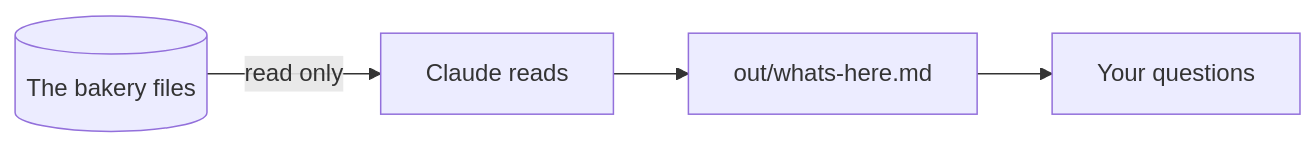
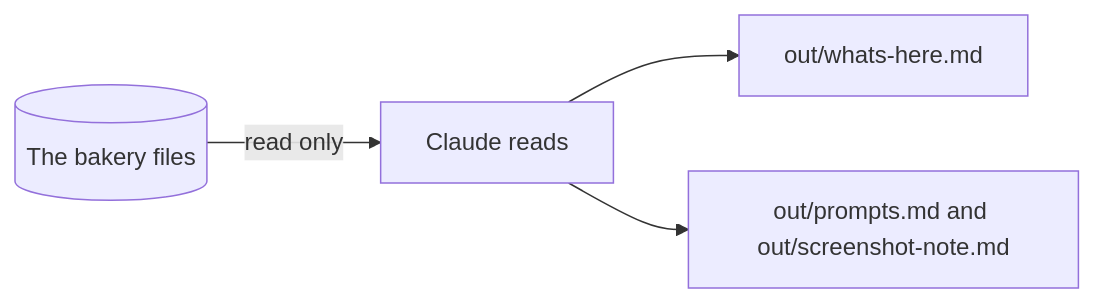
Before and after one commit to learnwithparam/claude-code-for-everyone: the diagram in parts/01-make-claude-ask-first/01-read-the-folder/problem/README.md, drawn with Mermaid. The commit also changed other lines of this file and 573 other files, not shown here.

````diff
--- a/parts/01-make-claude-ask-first/01-read-the-folder/problem/README.md
+++ b/parts/01-make-claude-ask-first/01-read-the-folder/problem/README.md
@@ -9,6 +7,6 @@
 ```mermaid
 flowchart LR
   F[(The bakery files)] -->|read only| C[Claude reads]
   C --> W[out/whats-here.md]
-  W --> Q[Your questions]
+  C --> P[out/prompts.md and out/screenshot-note.md]
 ```
````
